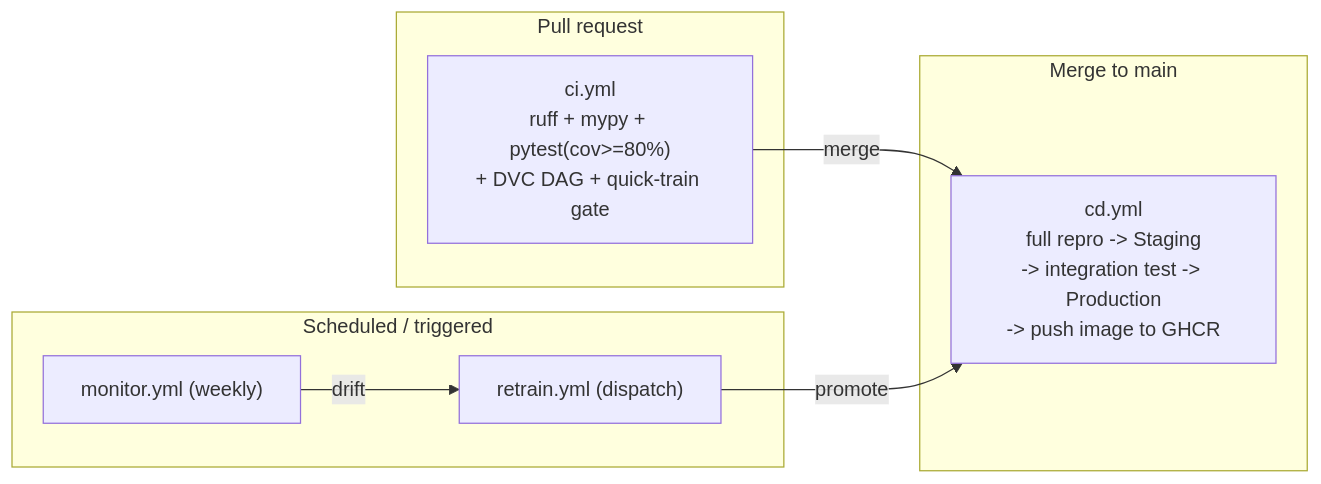
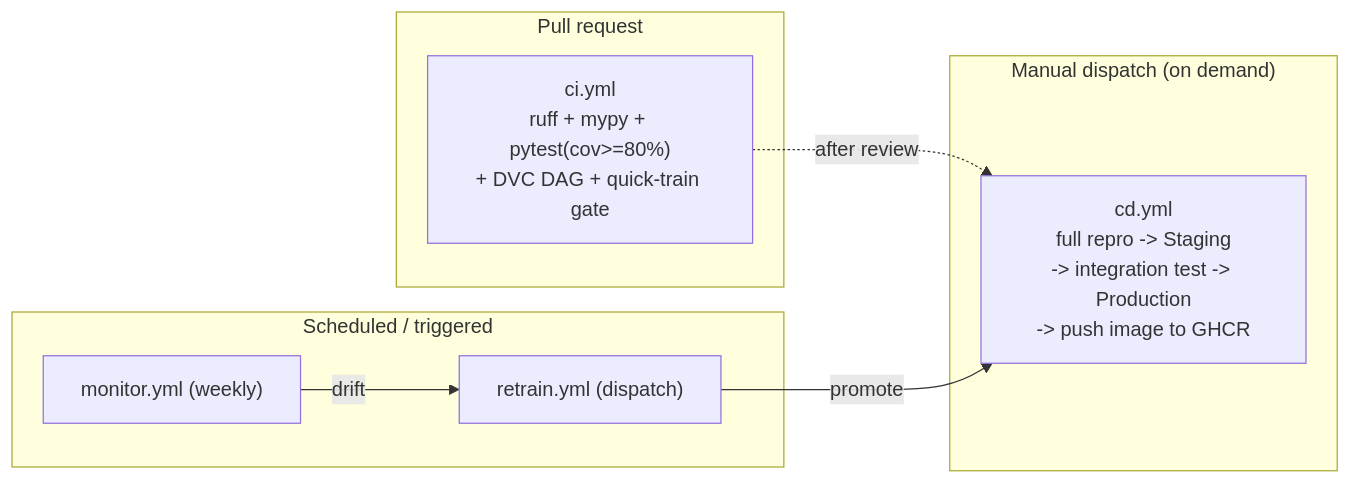
Before and after one commit to neopentane7/fraud-detection-using-mlops: the seventh of 7 diagrams in docs/architecture.md, drawn with Mermaid. The commit also changed 2 other files, not shown here.

Commit message:
CI/CD: make deploy workflow manual-only (no auto-build on push)

````diff
--- a/docs/architecture.md
+++ b/docs/architecture.md
@@ -175,16 +175,16 @@
 ```mermaid
 flowchart LR
     subgraph PR["Pull request"]
         CI["ci.yml<br/>ruff + mypy + pytest(cov>=80%)<br/>+ DVC DAG + quick-train gate"]
     end
-    subgraph MAIN["Merge to main"]
+    subgraph MAIN["Manual dispatch (on demand)"]
         CD["cd.yml<br/>full repro -> Staging<br/>-> integration test -> Production<br/>-> push image to GHCR"]
     end
     subgraph SCHED["Scheduled / triggered"]
         MON["monitor.yml (weekly)"]
         RT["retrain.yml (dispatch)"]
     end
-    CI -->|merge| CD
+    CI -.->|after review| CD
     MON -->|drift| RT
     RT -->|promote| CD
 ```
````
